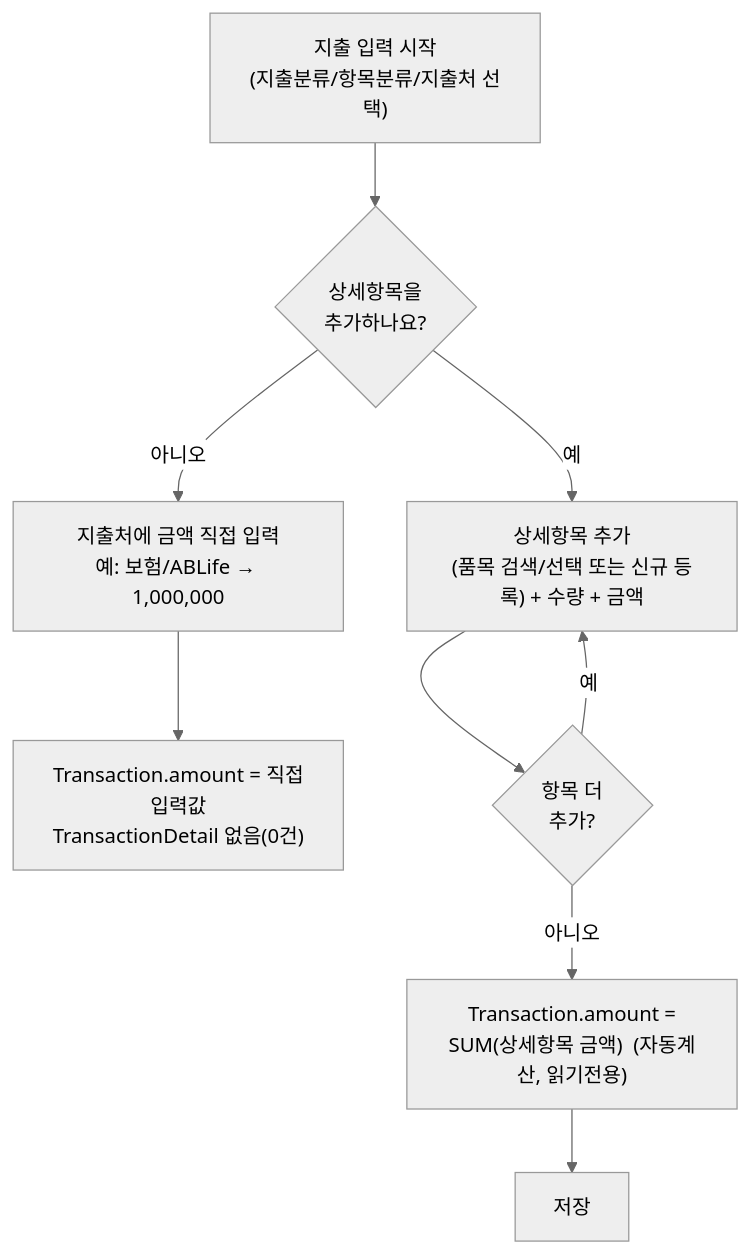
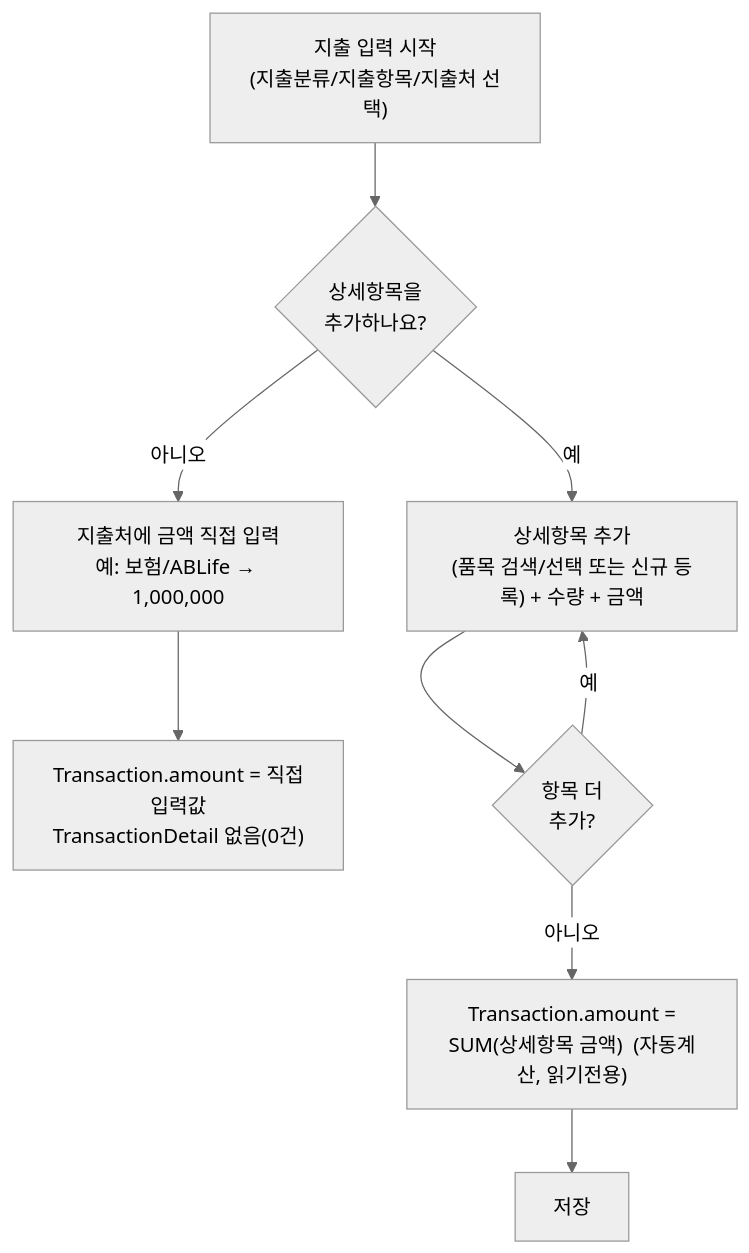
Before and after one commit to tigrelli/account-books: the fourth of 18 diagrams in docs/가계부_아키텍처_설계.md, drawn with Mermaid (neutral theme). The commit also changed other lines of this file and 8 other files, not shown here.

````diff
--- a/docs/가계부_아키텍처_설계.md
+++ b/docs/가계부_아키텍처_설계.md
@@ -127,12 +128,12 @@
 ```mermaid
 flowchart TD
-    START["지출 입력 시작<br/>(지출분류/항목분류/지출처 선택)"] --> Q{"상세항목을<br/>추가하나요?"}
+    START["지출 입력 시작<br/>(지출분류/지출항목/지출처 선택)"] --> Q{"상세항목을<br/>추가하나요?"}
     Q -- "아니오" --> DIRECT["지출처에 금액 직접 입력<br/>예: 보험/ABLife → 1,000,000"]
     DIRECT --> SAVE1["Transaction.amount = 직접입력값<br/>TransactionDetail 없음(0건)"]
 
     Q -- "예" --> ADD["상세항목 추가<br/>(품목 검색/선택 또는 신규 등록) + 수량 + 금액"]
     ADD --> MORE{"항목 더<br/>추가?"}
     MORE -- "예" --> ADD
     MORE -- "아니오" --> SUM["Transaction.amount =<br/>SUM(상세항목 금액)  (자동계산, 읽기전용)"]
     SUM --> SAVE2["저장"]
 ```
````
